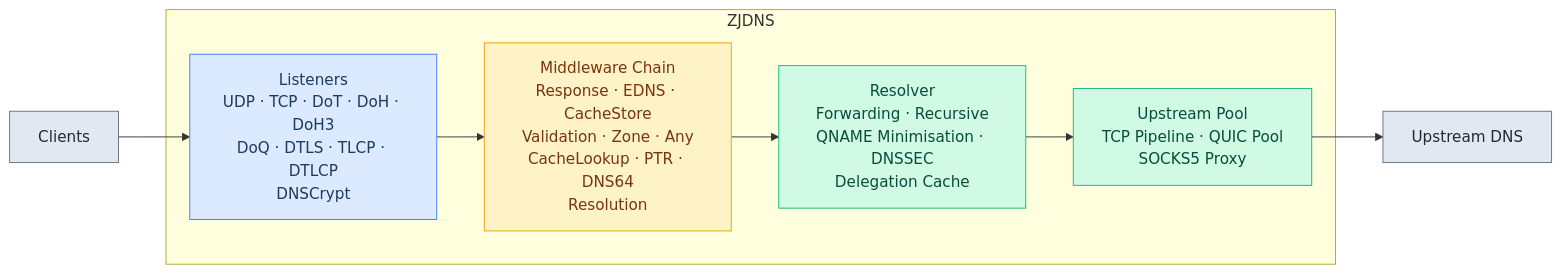
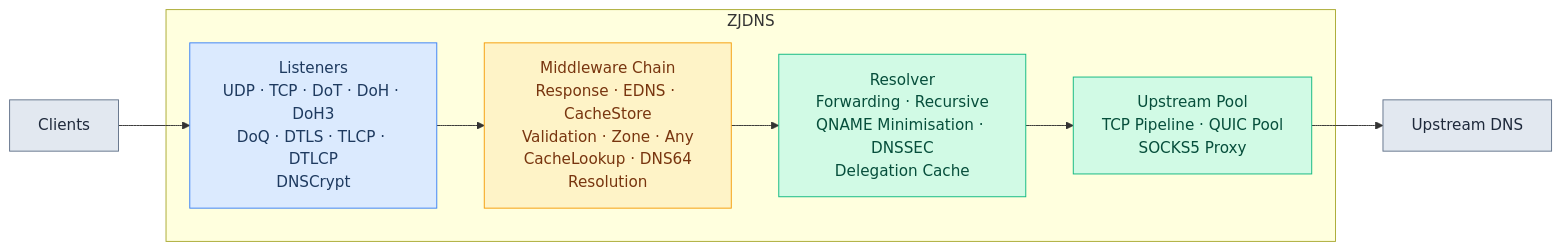
One commit to hezhijie0327/ZJDNS changed the first of 28 diagrams in docs/FLOWCHARTS.md. Above: the diagram before and after it, drawn with Mermaid. The commit also changed other lines of this file and 33 other files, not shown here.

````diff
--- a/docs/FLOWCHARTS.md
+++ b/docs/FLOWCHARTS.md
@@ -5,18 +5,18 @@
 ```mermaid
 graph LR
     C[Clients] --> L
     subgraph ZJDNS
-        L[Listeners<br/>UDP · TCP · DoT · DoH · DoH3<br/>DoQ · DTLS · TLCP · DTLCP<br/>DNSCrypt] --> MW[Middleware Chain<br/>Response · EDNS · CacheStore<br/>Validation · Zone · Any<br/>CacheLookup · PTR · DNS64<br/>Resolution]
+        L[Listeners<br/>UDP · TCP · DoT · DoH · DoH3<br/>DoQ · DTLS · TLCP · DTLCP<br/>DNSCrypt] --> MW[Middleware Chain<br/>Response · EDNS · CacheStore<br/>Validation · Zone · Any<br/>CacheLookup · DNS64<br/>Resolution]
         MW --> RES[Resolver<br/>Forwarding · Recursive<br/>QNAME Minimisation · DNSSEC<br/>Delegation Cache]
         RES --> UP[Upstream Pool<br/>TCP Pipeline · QUIC Pool<br/>SOCKS5 Proxy]
     end
     UP --> U[Upstream DNS]
     classDef ext fill:#e2e8f0,stroke:#64748b,color:#1e293b
     classDef listen fill:#dbeafe,stroke:#3b82f6,color:#1e3a5f
     classDef proc fill:#fef3c7,stroke:#f59e0b,color:#78350f
     classDef resolve fill:#d1fae5,stroke:#10b981,color:#064e3b
     class C,U ext
     class L listen
     class MW proc
     class RES,UP resolve
 ```
````
